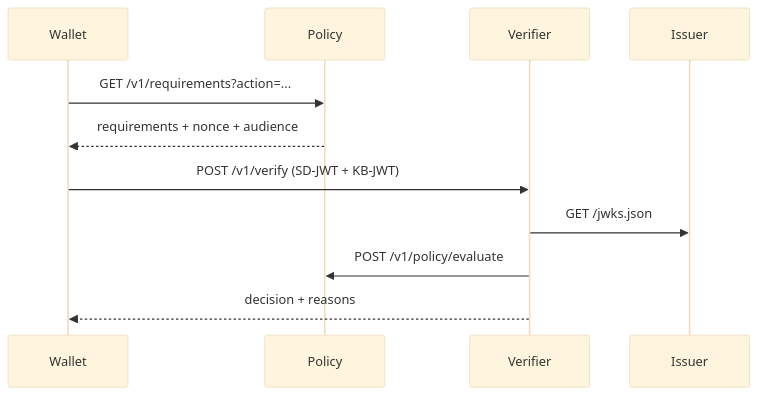
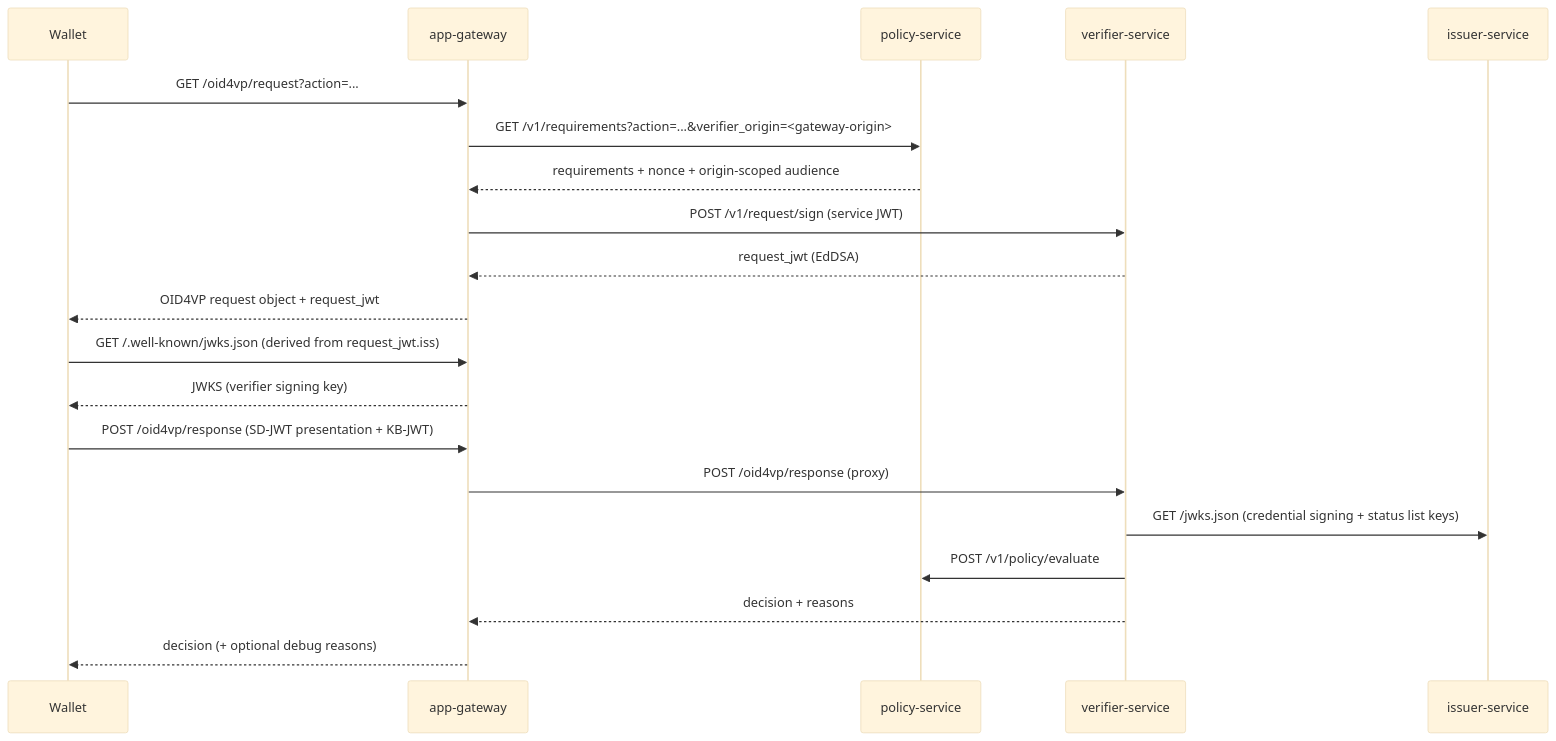
One commit to cjay684/cuncta-ssi-core changed the second of 3 diagrams in docs/architecture.md. Above: the diagram before and after it, drawn with Mermaid (base theme). The commit also changed other lines of this file and 355 other files, not shown here.

````diff
--- a/docs/architecture.md
+++ b/docs/architecture.md
@@ -21,13 +27,25 @@
 ```mermaid
 sequenceDiagram
   participant Wallet
-  participant Policy
-  participant Verifier
-  participant Issuer
-  Wallet->>Policy: GET /v1/requirements?action=...
-  Policy-->>Wallet: requirements + nonce + audience
-  Wallet->>Verifier: POST /v1/verify (SD-JWT + KB-JWT)
-  Verifier->>Issuer: GET /jwks.json
+  participant Gateway as app-gateway
+  participant Policy as policy-service
+  participant Verifier as verifier-service
+  participant Issuer as issuer-service
+
+  Wallet->>Gateway: GET /oid4vp/request?action=...
+  Gateway->>Policy: GET /v1/requirements?action=...&verifier_origin=<gateway-origin>
+  Policy-->>Gateway: requirements + nonce + origin-scoped audience
+  Gateway->>Verifier: POST /v1/request/sign (service JWT)
+  Verifier-->>Gateway: request_jwt (EdDSA)
+  Gateway-->>Wallet: OID4VP request object + request_jwt
+
+  Wallet->>Gateway: GET /.well-known/jwks.json (derived from request_jwt.iss)
+  Gateway-->>Wallet: JWKS (verifier signing key)
+
+  Wallet->>Gateway: POST /oid4vp/response (SD-JWT presentation + KB-JWT)
+  Gateway->>Verifier: POST /oid4vp/response (proxy)
+  Verifier->>Issuer: GET /jwks.json (credential signing + status list keys)
   Verifier->>Policy: POST /v1/policy/evaluate
-  Verifier-->>Wallet: decision + reasons
+  Verifier-->>Gateway: decision + reasons
+  Gateway-->>Wallet: decision (+ optional debug reasons)
 ```
````
